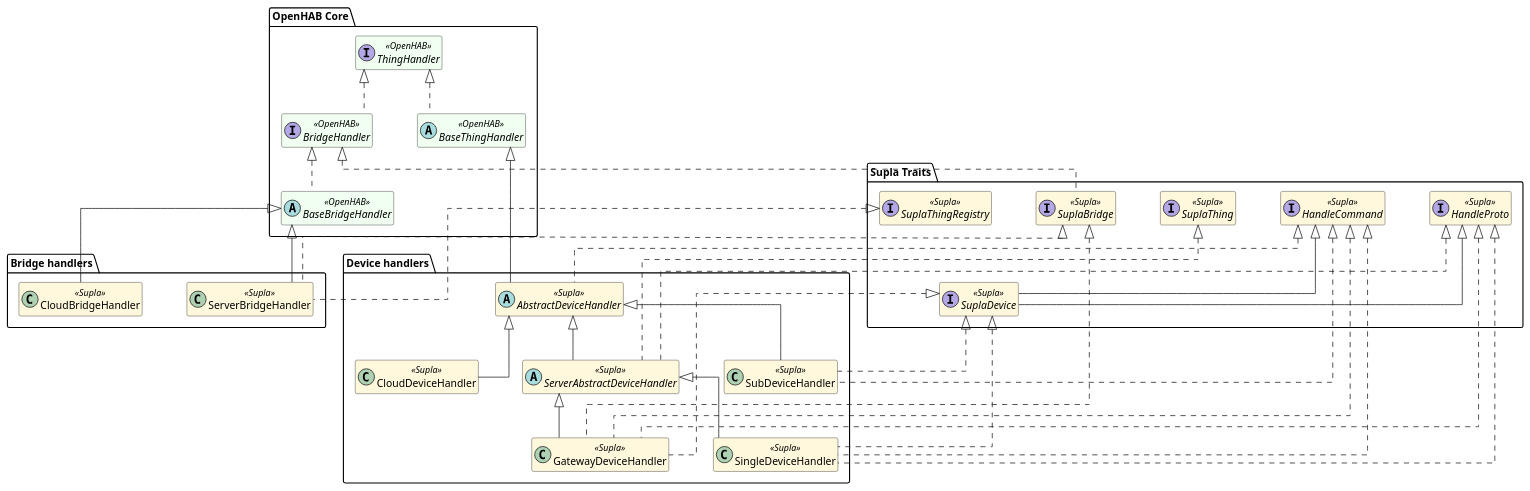
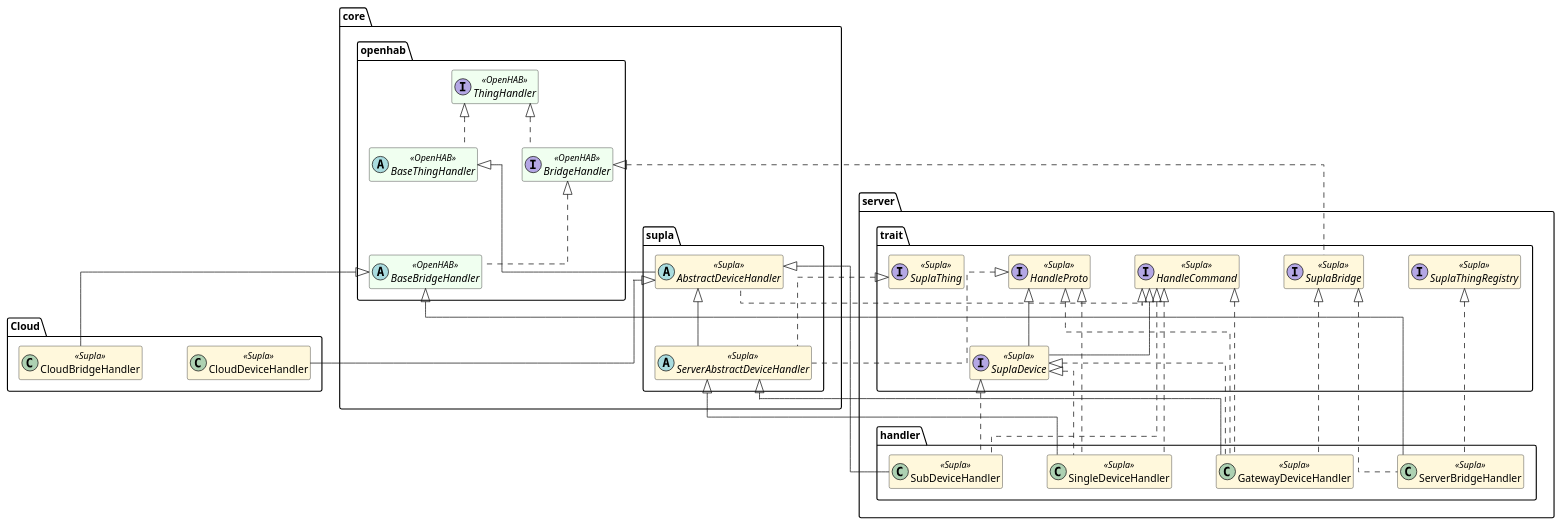
One commit to magx2/openhab-supla changed the diagram in puml/handler-inheritance.puml. Above: the diagram before and after it, drawn with PlantUML.

Commit message:
Split to packages

```diff
--- a/puml/handler-inheritance.puml
+++ b/puml/handler-inheritance.puml
@@ -1,82 +1,86 @@
 @startuml
 skinparam classAttributeIconSize 0
 skinparam linetype ortho
 skinparam nodesep 60
 skinparam ranksep 60
 hide empty members
 
 ' Keep the most-shared abstractions visually at the top
 top to bottom direction
 
 skinparam class {
 BackgroundColor<<OpenHAB>> HoneyDew
 BackgroundColor<<Supla>> Cornsilk
 }
 
 ' Anchor heavily used OpenHAB and Supla abstractions on the top rank
-package "OpenHAB Core" {
+package core.openhab {
 interface ThingHandler <<OpenHAB>>
 interface BridgeHandler <<OpenHAB>>
 abstract class BaseThingHandler <<OpenHAB>>
 abstract class BaseBridgeHandler <<OpenHAB>>
 }
 
-package "Supla Traits" {
+package core.supla {
+abstract class AbstractDeviceHandler <<Supla>>
+abstract class ServerAbstractDeviceHandler <<Supla>>
+}
+
+package server.trait {
 interface HandleCommand <<Supla>>
 interface HandleProto <<Supla>>
 interface SuplaDevice <<Supla>>
 interface SuplaThing <<Supla>>
 interface SuplaThingRegistry <<Supla>>
 interface SuplaBridge <<Supla>>
 }
 
-package "Device handlers" {
-abstract class AbstractDeviceHandler <<Supla>>
-abstract class ServerAbstractDeviceHandler <<Supla>>
+
+package server.handler {
 class GatewayDeviceHandler <<Supla>>
 class SingleDeviceHandler <<Supla>>
 class SubDeviceHandler <<Supla>>
-class CloudDeviceHandler <<Supla>>
+class ServerBridgeHandler <<Supla>>
 }
 
-package "Bridge handlers" {
+package "Cloud" {
 class CloudBridgeHandler <<Supla>>
-class ServerBridgeHandler <<Supla>>
+class CloudDeviceHandler <<Supla>>
 }
 
 ' OpenHAB core relationships
 ThingHandler <|.down. BaseThingHandler
 ThingHandler <|.down. BridgeHandler
 BridgeHandler <|.down. BaseBridgeHandler
 
 ' Device handler relationships
 BaseThingHandler <|-down- AbstractDeviceHandler
 AbstractDeviceHandler <|-down- ServerAbstractDeviceHandler
 AbstractDeviceHandler <|-down- SubDeviceHandler
 AbstractDeviceHandler <|-down- CloudDeviceHandler
 ServerAbstractDeviceHandler <|-down- GatewayDeviceHandler
 ServerAbstractDeviceHandler <|-down- SingleDeviceHandler
 
 ' Supla trait implementations (device side)
 HandleCommand <|.down. AbstractDeviceHandler
 HandleCommand <|.down. SubDeviceHandler
 HandleCommand <|.down. SingleDeviceHandler
 HandleCommand <|.down. GatewayDeviceHandler
 HandleProto <|.down. ServerAbstractDeviceHandler
 HandleProto <|.down. SingleDeviceHandler
 HandleProto <|.down. GatewayDeviceHandler
 HandleCommand <|-down- SuplaDevice
 HandleProto <|-down- SuplaDevice
 SuplaDevice <|.down. SubDeviceHandler
 SuplaDevice <|.down. SingleDeviceHandler
 SuplaDevice <|.down. GatewayDeviceHandler
 SuplaThing <|.down. ServerAbstractDeviceHandler
 
 ' Bridge handler relationships
 BaseBridgeHandler <|-down- CloudBridgeHandler
 BaseBridgeHandler <|-down- ServerBridgeHandler
 BridgeHandler <|.down. SuplaBridge
 SuplaBridge <|.down. GatewayDeviceHandler
 SuplaBridge <|.down. ServerBridgeHandler
 SuplaThingRegistry <|.down. ServerBridgeHandler
 @enduml
```
